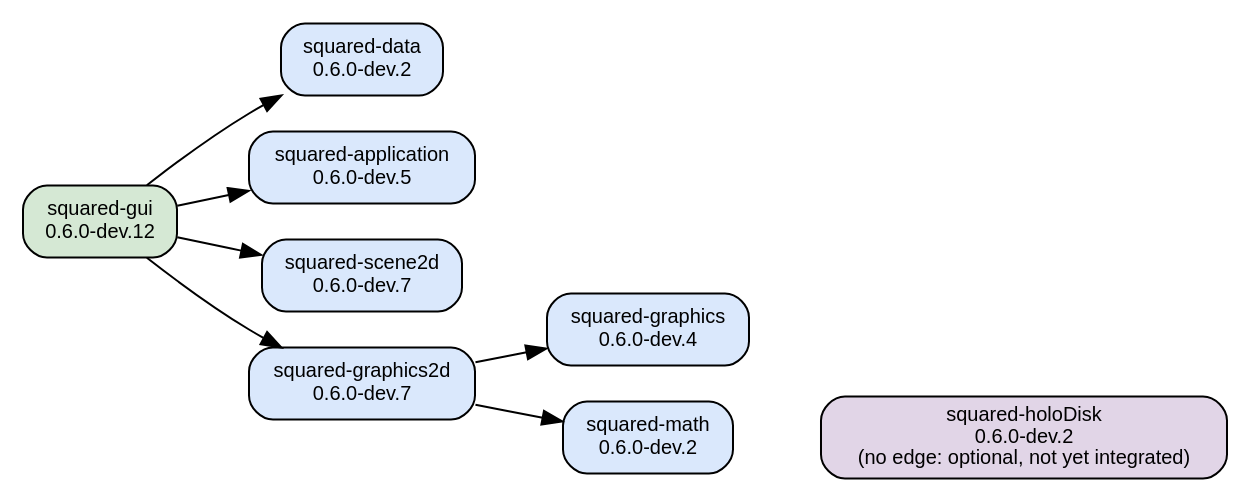
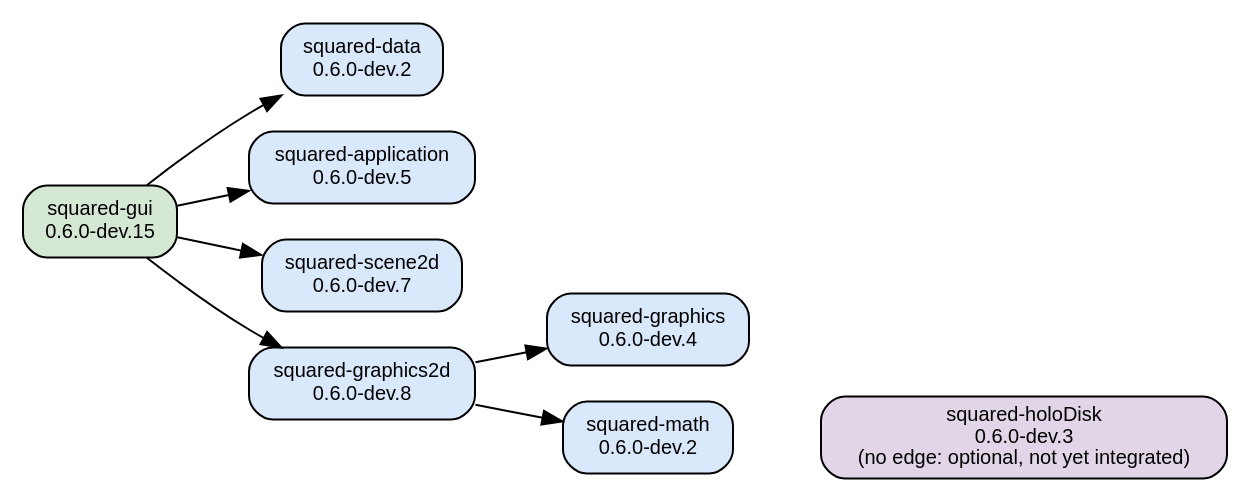
Before and after one commit to squared-netizen/squared: the diagram in docs/developer/squared-gui/GUI-dependencies.dot, drawn with Graphviz. The commit also changed 46 other files, not shown here.

```diff
--- a/docs/developer/squared-gui/GUI-dependencies.dot
+++ b/docs/developer/squared-gui/GUI-dependencies.dot
@@ -1,25 +1,25 @@
 // GUI package dependencies.
 // Compile-time package edges from squared-gui manifest.json "module.requires".
 // No SDL, Android, OpenGL, or HoloDisk edges exist.
 digraph gui_dependencies {
   rankdir="LR";
   node [shape=box, style="rounded,filled", fontname="Helvetica", fontsize=10];
   edge [fontname="Helvetica", fontsize=9];
 
-  gui [label="squared-gui\n0.6.0-dev.12", fillcolor="#d5e8d4"];
+  gui [label="squared-gui\n0.6.0-dev.15", fillcolor="#d5e8d4"];
   data [label="squared-data\n0.6.0-dev.2", fillcolor="#dae8fc"];
   application [label="squared-application\n0.6.0-dev.5", fillcolor="#dae8fc"];
   scene2d [label="squared-scene2d\n0.6.0-dev.7", fillcolor="#dae8fc"];
-  graphics2d [label="squared-graphics2d\n0.6.0-dev.7", fillcolor="#dae8fc"];
+  graphics2d [label="squared-graphics2d\n0.6.0-dev.8", fillcolor="#dae8fc"];
   graphics [label="squared-graphics\n0.6.0-dev.4", fillcolor="#dae8fc"];
   math [label="squared-math\n0.6.0-dev.2", fillcolor="#dae8fc"];
-  holoDisk [label="squared-holoDisk\n0.6.0-dev.2\n(no edge: optional, not yet integrated)", fillcolor="#e1d5e7"];
+  holoDisk [label="squared-holoDisk\n0.6.0-dev.3\n(no edge: optional, not yet integrated)", fillcolor="#e1d5e7"];
 
   gui -> data;
   gui -> application;
   gui -> scene2d;
   gui -> graphics2d;
   graphics2d -> graphics;
   graphics2d -> math;
   { rank=sink; holoDisk; }
 }
```
